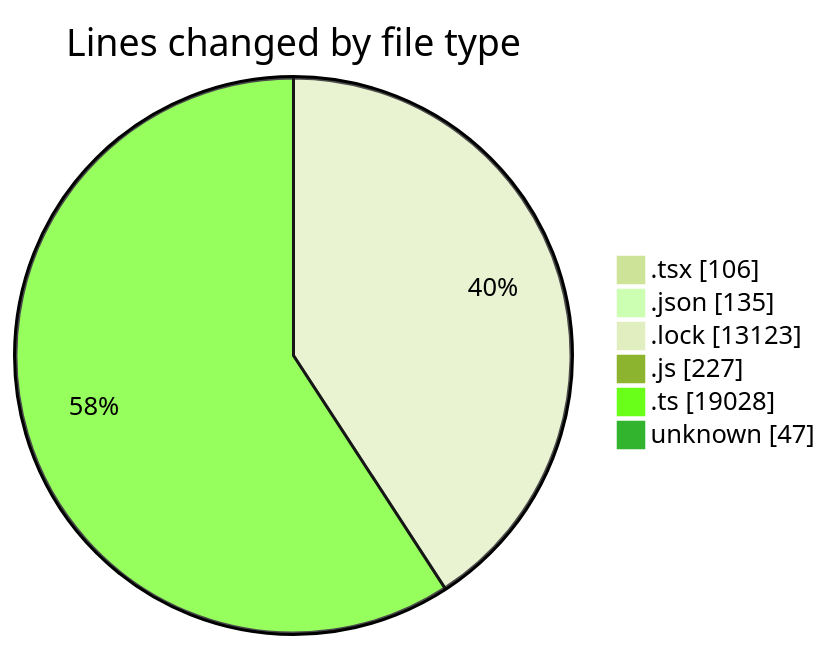
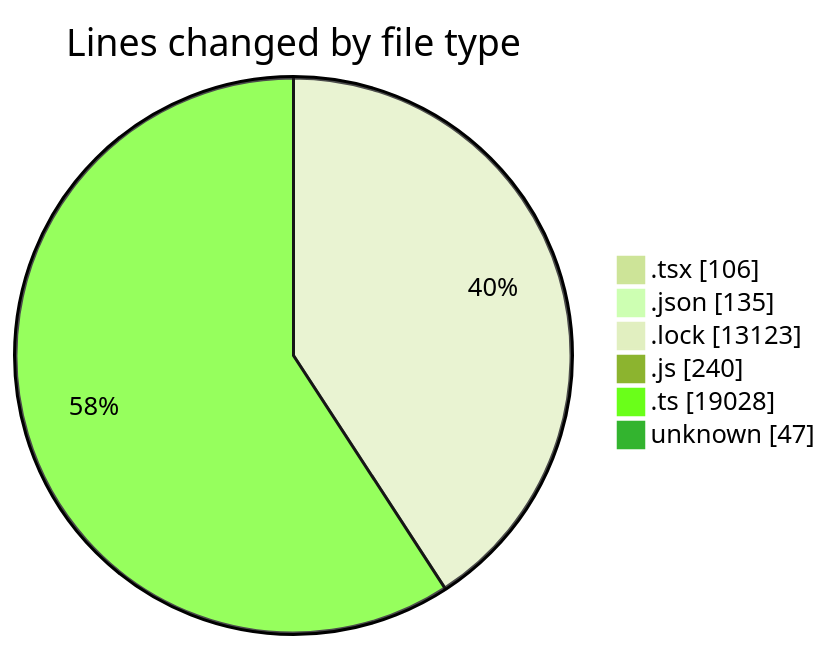
Before and after one commit to momahboobian/code-tracking: the first of 2 diagrams in 2025-09-03/cda/README.md, drawn with Mermaid (forest theme). The commit also changed other lines of this file and 1 other file, not shown here.

````diff
--- a/2025-09-03/cda/README.md
+++ b/2025-09-03/cda/README.md
@@ -38,10 +38,10 @@
 ```mermaid
 pie showData
 title Lines changed by file type
 ".tsx" : 106
 ".json" : 135
 ".lock" : 13123
-".js" : 227
+".js" : 240
 ".ts" : 19028
 "unknown" : 47
 ```
````
